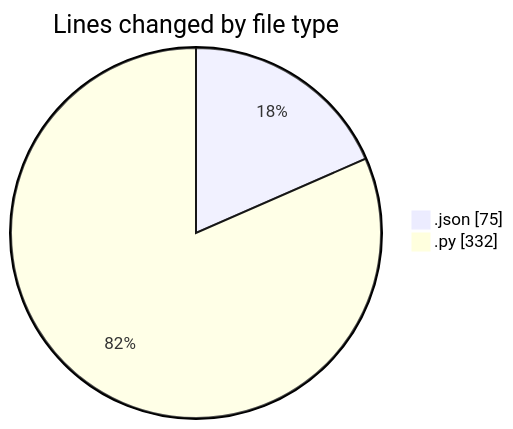
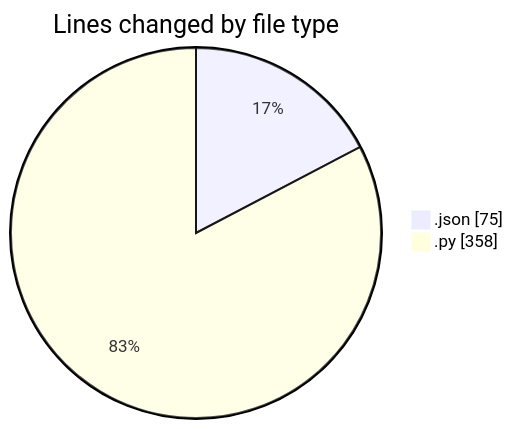
The first of 2 diagrams in 2025-10-08/untitled__workspace_/README.md (MatusMokan/code-tracking), drawn with Mermaid before and after one commit. The commit also changed other lines of this file and 1 other file, not shown here.

````diff
--- a/2025-10-08/untitled__workspace_/README.md
+++ b/2025-10-08/untitled__workspace_/README.md
@@ -23,6 +23,6 @@
 ```mermaid
 pie showData
 title Lines changed by file type
 ".json" : 75
-".py" : 332
+".py" : 358
 ```
````
